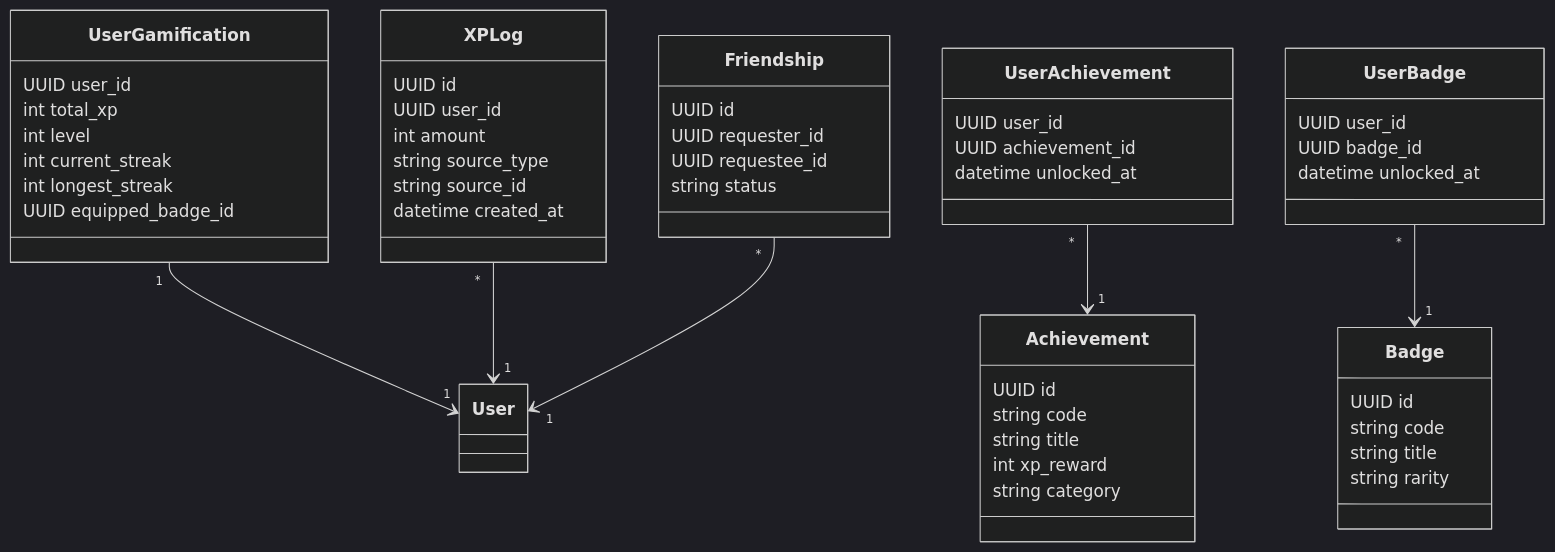
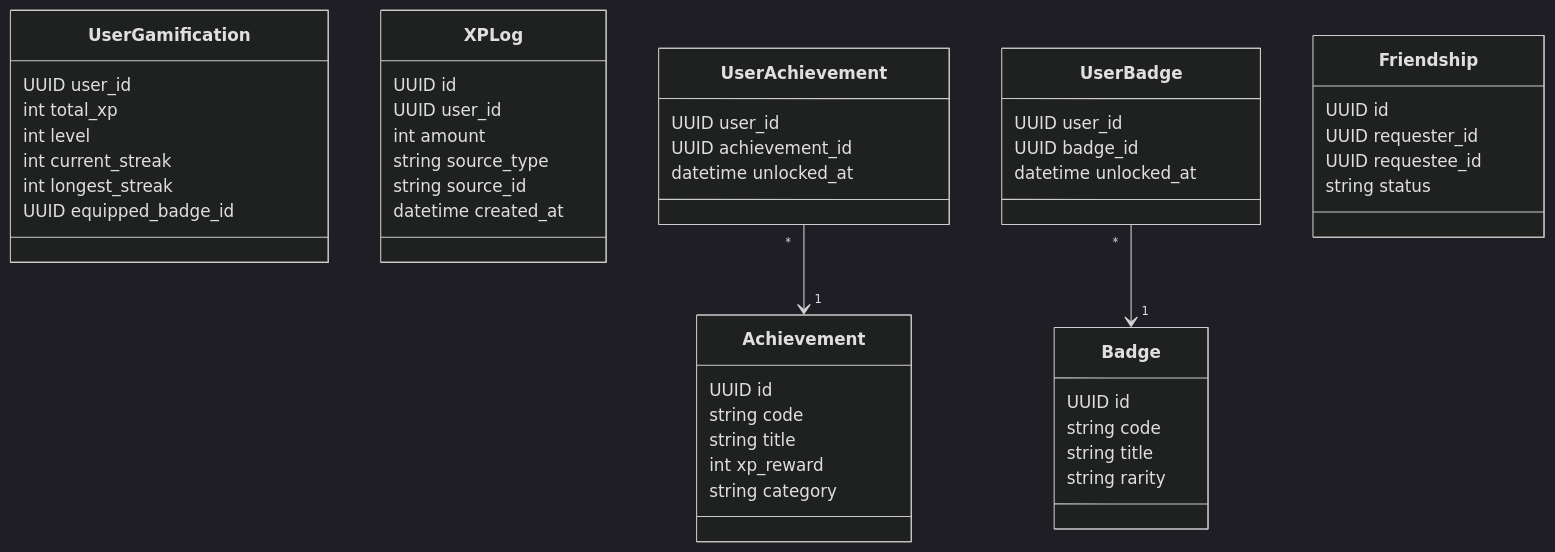
One commit to yazidha09/Hub4Learners changed the second of 5 diagrams in docs/sprints/SPRINT_4.md. Above: the diagram before and after it, drawn with Mermaid (dark theme). The commit also changed 2 other files, not shown here.

````diff
--- a/docs/sprints/SPRINT_4.md
+++ b/docs/sprints/SPRINT_4.md
@@ -66,60 +66,57 @@
 ```mermaid
 classDiagram
     class UserGamification {
         UUID user_id
         int total_xp
         int level
         int current_streak
         int longest_streak
         UUID equipped_badge_id
     }
 
     class XPLog {
         UUID id
         UUID user_id
         int amount
         string source_type
         string source_id
         datetime created_at
     }
 
     class Achievement {
         UUID id
         string code
         string title
         int xp_reward
         string category
     }
 
     class Badge {
         UUID id
         string code
         string title
         string rarity
     }
 
     class UserAchievement {
         UUID user_id
         UUID achievement_id
         datetime unlocked_at
     }
 
     class UserBadge {
         UUID user_id
         UUID badge_id
         datetime unlocked_at
     }
 
     class Friendship {
         UUID id
         UUID requester_id
         UUID requestee_id
         string status
     }
 
-    UserGamification "1" --> "1" User
-    XPLog "*" --> "1" User
     UserAchievement "*" --> "1" Achievement
     UserBadge "*" --> "1" Badge
-    Friendship "*" --> "1" User
 ```
````
